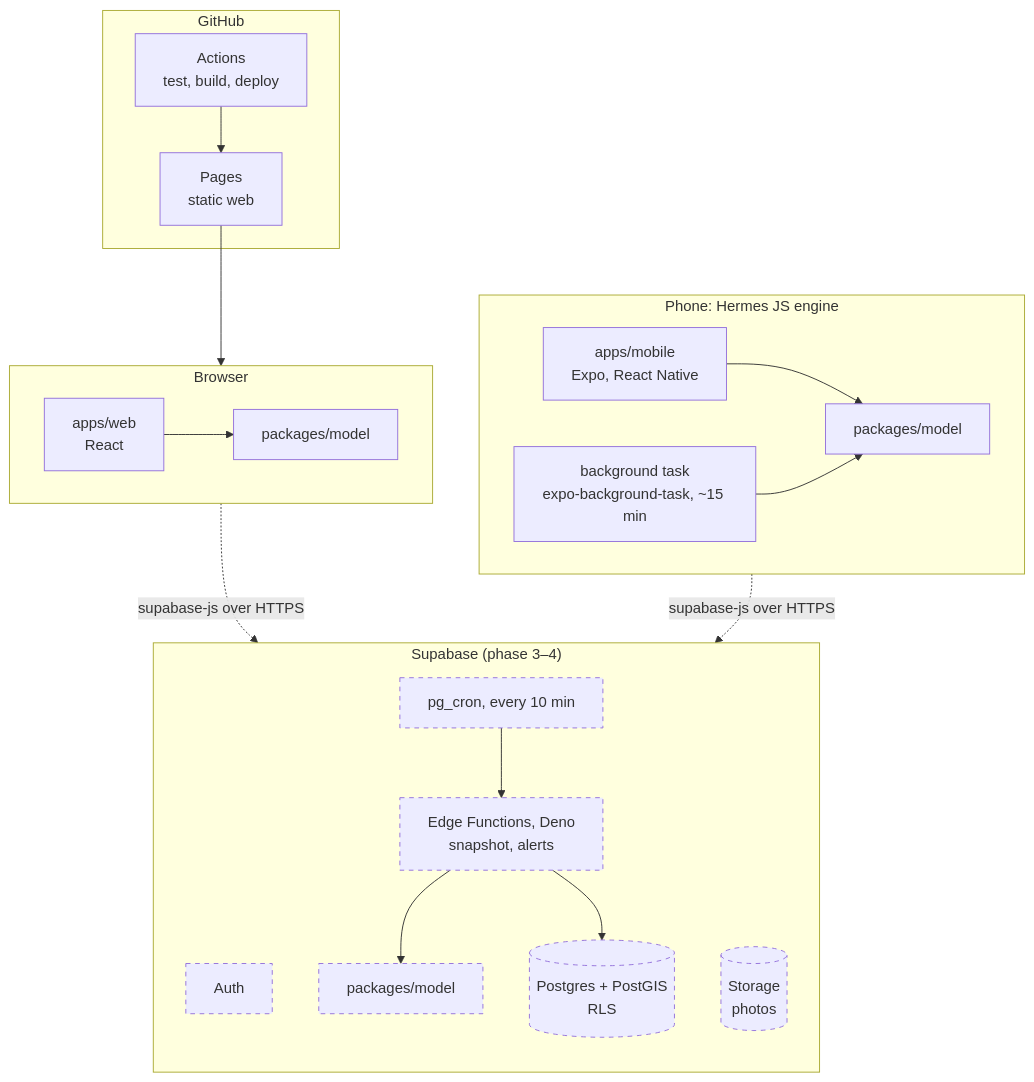
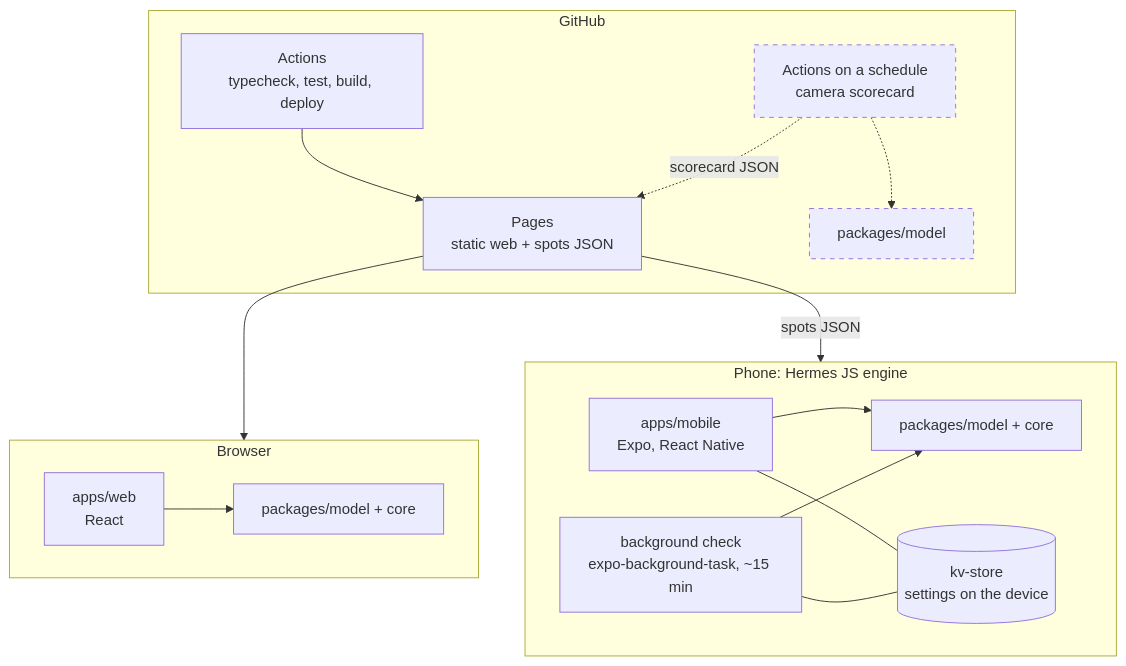
Before and after one commit to Tang3n/aurora-tonight: the diagram in docs/diagrams/02-runtimes.md, drawn with Mermaid. The commit also changed other lines of this file and 22 other files, not shown here.

````diff
--- a/docs/diagrams/02-runtimes.md
+++ b/docs/diagrams/02-runtimes.md
@@ -8,39 +10,33 @@
 ```mermaid
 flowchart TB
     subgraph browser["Browser"]
         webapp["apps/web<br/>React"]
-        m1["packages/model"]
+        m1["packages/model + core"]
         webapp --> m1
     end
 
     subgraph phone["Phone: Hermes JS engine"]
         mobile["apps/mobile<br/>Expo, React Native"]
-        bg["background task<br/>expo-background-task, ~15 min"]
-        m2["packages/model"]
+        bg["background check<br/>expo-background-task, ~15 min"]
+        store[("kv-store<br/>settings on the device")]
+        m2["packages/model + core"]
         mobile --> m2
         bg --> m2
-    end
-
-    subgraph supa["Supabase (phase 3–4)"]
-        direction TB
-        auth["Auth"]:::planned
-        db[("Postgres + PostGIS<br/>RLS")]:::planned
-        store[("Storage<br/>photos")]:::planned
-        fn["Edge Functions, Deno<br/>snapshot, alerts"]:::planned
-        cron["pg_cron, every 10 min"]:::planned
-        m3["packages/model"]:::planned
-        cron --> fn --> m3
-        fn --> db
+        mobile --- store
+        bg --- store
     end
 
     subgraph gh["GitHub"]
-        pages["Pages<br/>static web"]
-        actions["Actions<br/>test, build, deploy"]
+        pages["Pages<br/>static web + spots JSON"]
+        actions["Actions<br/>typecheck, test, build, deploy"]
+        sched["Actions on a schedule<br/>camera scorecard"]:::planned
+        m3["packages/model"]:::planned
+        sched -.-> m3
     end
 
     actions --> pages --> browser
-    browser -. "supabase-js over HTTPS" .-> supa
-    phone -. "supabase-js over HTTPS" .-> supa
+    pages -- "spots JSON" --> phone
+    sched -. "scorecard JSON" .-> pages
 
     classDef planned stroke-dasharray: 5 5
 ```
````
